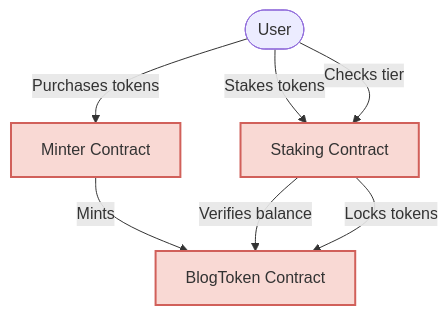
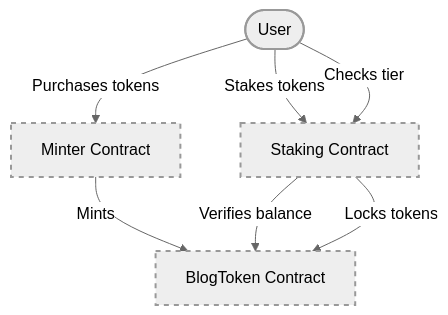
One commit to jmakwana01/InsightTiers changed the second of 10 diagrams in README.md. Above: the diagram before and after it, drawn with Mermaid. The commit also changed other lines of this file, not shown here.

````diff
--- a/README.md
+++ b/README.md
@@ -66,17 +66,20 @@
 ```mermaid
+%%{init: {'theme':'neutral', 'themeVariables': {'primaryColor': '#f5f5f5', 'primaryTextColor': '#000000', 'primaryBorderColor': '#333333', 'lineColor': '#666666', 'fontFamily': 'arial'}}}%%
 graph TD
     User([User])
     BlogToken[BlogToken Contract]
     Staking[Staking Contract]
     Minter[Minter Contract]
     
     User -->|Purchases tokens| Minter
     Minter -->|Mints| BlogToken
     User -->|Stakes tokens| Staking
     Staking -->|Verifies balance| BlogToken
     Staking -->|Locks tokens| BlogToken
     User -->|Checks tier| Staking
     
-    classDef contract fill:#f9d9d4,stroke:#d1605a,stroke-width:2px;
-    class BlogToken,Staking,Minter contract;
+    style User stroke-width:2px
+    style BlogToken stroke-width:2px,stroke-dasharray:5 5
+    style Staking stroke-width:2px,stroke-dasharray:5 5
+    style Minter stroke-width:2px,stroke-dasharray:5 5
 ```
````
